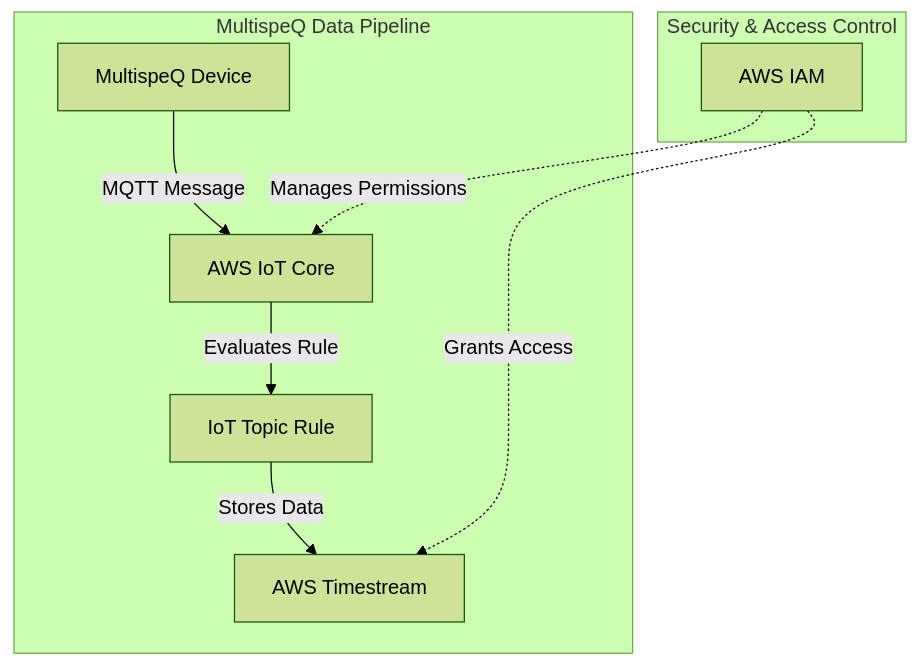
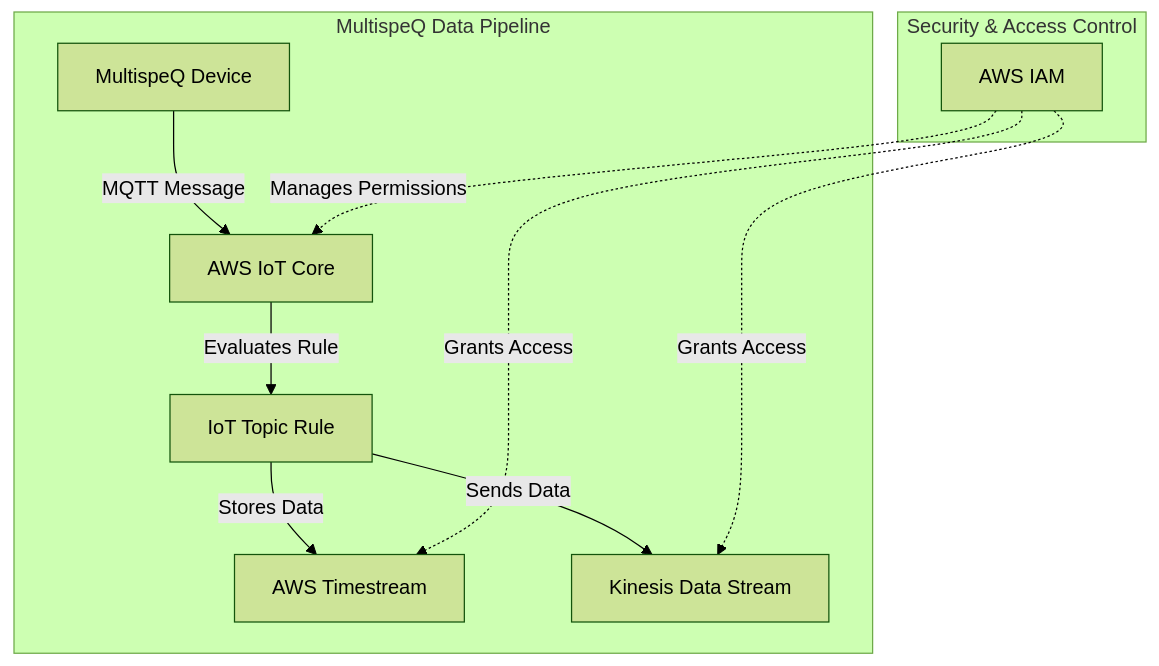
Before and after one commit to Jan-IngenHousz-Institute/open-jii: the diagram in infrastructure/modules/iot-core/iot-core.md, drawn with Mermaid (forest theme). The commit also changed other lines of this file and 14 other files, not shown here.

Commit message:
feat(infrastructure): implements kinesis data stream for iot core topic consumption

````diff
--- a/infrastructure/modules/iot-core/iot-core.md
+++ b/infrastructure/modules/iot-core/iot-core.md
@@ -9,13 +9,15 @@
 ```mermaid
 graph TD;
-    subgraph "MultispeQ Data Pipeline"
+    subgraph MultispeQ Data Pipeline
         A[MultispeQ Device] -->|MQTT Message| B[AWS IoT Core];
         B -->|Evaluates Rule| C[IoT Topic Rule];
         C -->|Stores Data| D[AWS Timestream];
+        C -->|Sends Data| E[Kinesis Data Stream];
     end
     subgraph "Security & Access Control"
-        E[AWS IAM];
-        E -.->|Manages Permissions| B;
-        E -.->|Grants Access| D;
+        F[AWS IAM];
+        F -.->|Manages Permissions| B;
+        F -.->|Grants Access| D;
+        F -.->|Grants Access| E;
     end
 ```
````
